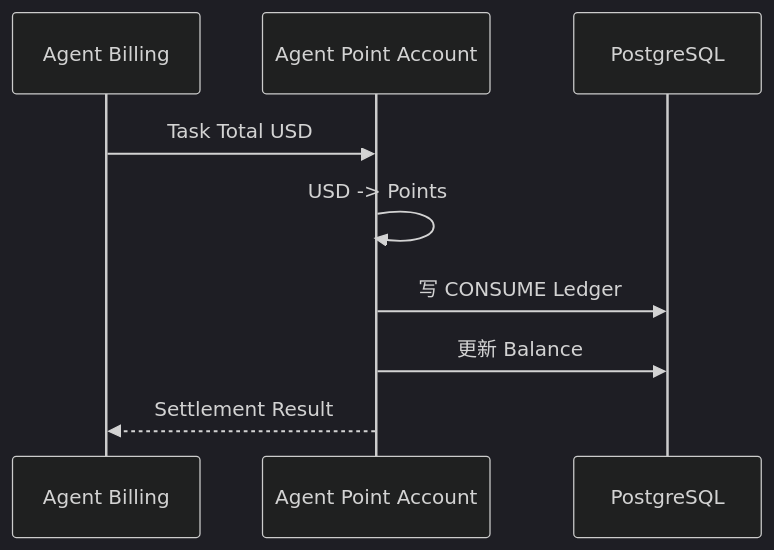
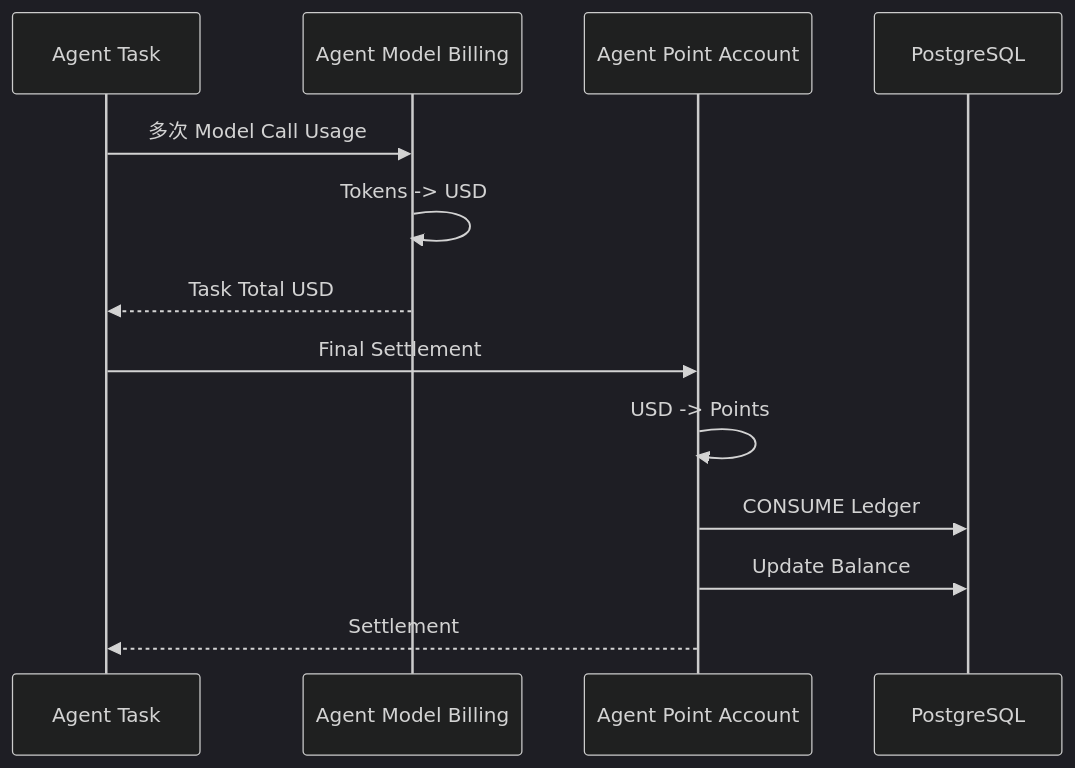
Before and after one commit to sxyq/mastergoods: the first of 4 diagrams in docs/system-design/01-账户与身份/07-Agent积分账户.md, drawn with Mermaid (dark theme). The commit also changed other lines of this file and 6 other files, not shown here.

````diff
--- a/docs/system-design/01-账户与身份/07-Agent积分账户.md
+++ b/docs/system-design/01-账户与身份/07-Agent积分账户.md
@@ -27,12 +41,17 @@
 ```mermaid
 sequenceDiagram
-    participant AGENT as Agent Billing
+    participant TASK as Agent Task
+    participant BILL as Agent Model Billing
     participant POINT as Agent Point Account
     participant DB as PostgreSQL
 
-    AGENT->>POINT: Task Total USD
+    TASK->>BILL: 多次 Model Call Usage
+    BILL->>BILL: Tokens -> USD
+    BILL-->>TASK: Task Total USD
+
+    TASK->>POINT: Final Settlement
     POINT->>POINT: USD -> Points
-    POINT->>DB: 写 CONSUME Ledger
-    POINT->>DB: 更新 Balance
-    POINT-->>AGENT: Settlement Result
+    POINT->>DB: CONSUME Ledger
+    POINT->>DB: Update Balance
+    POINT-->>TASK: Settlement
 ```
````
